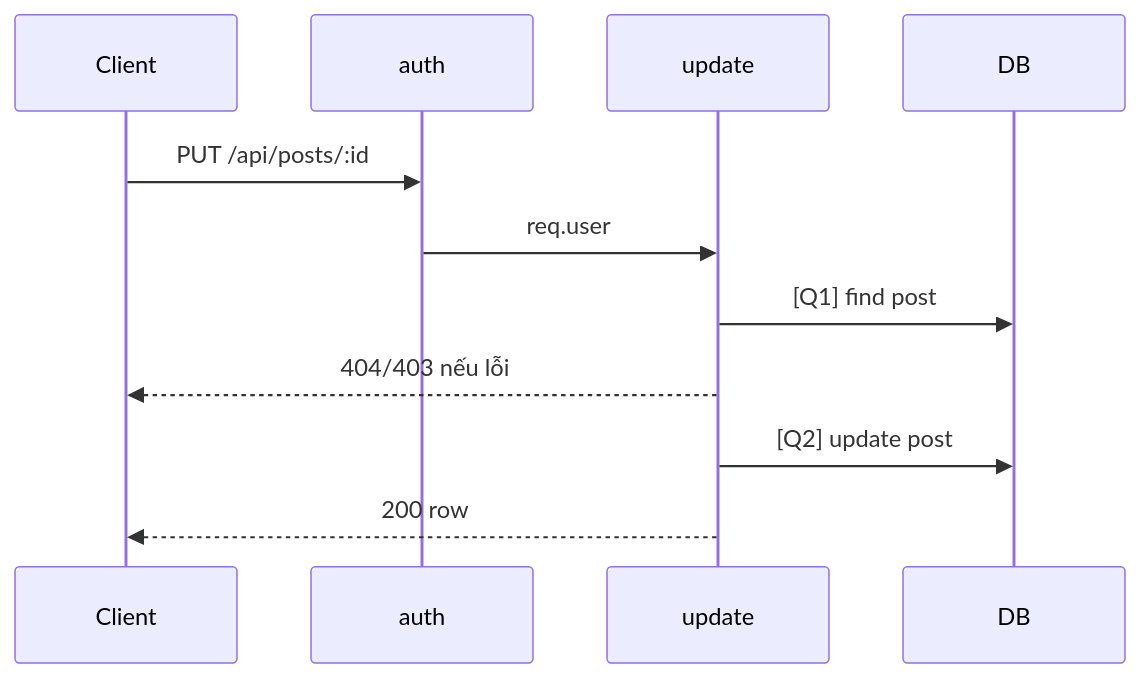
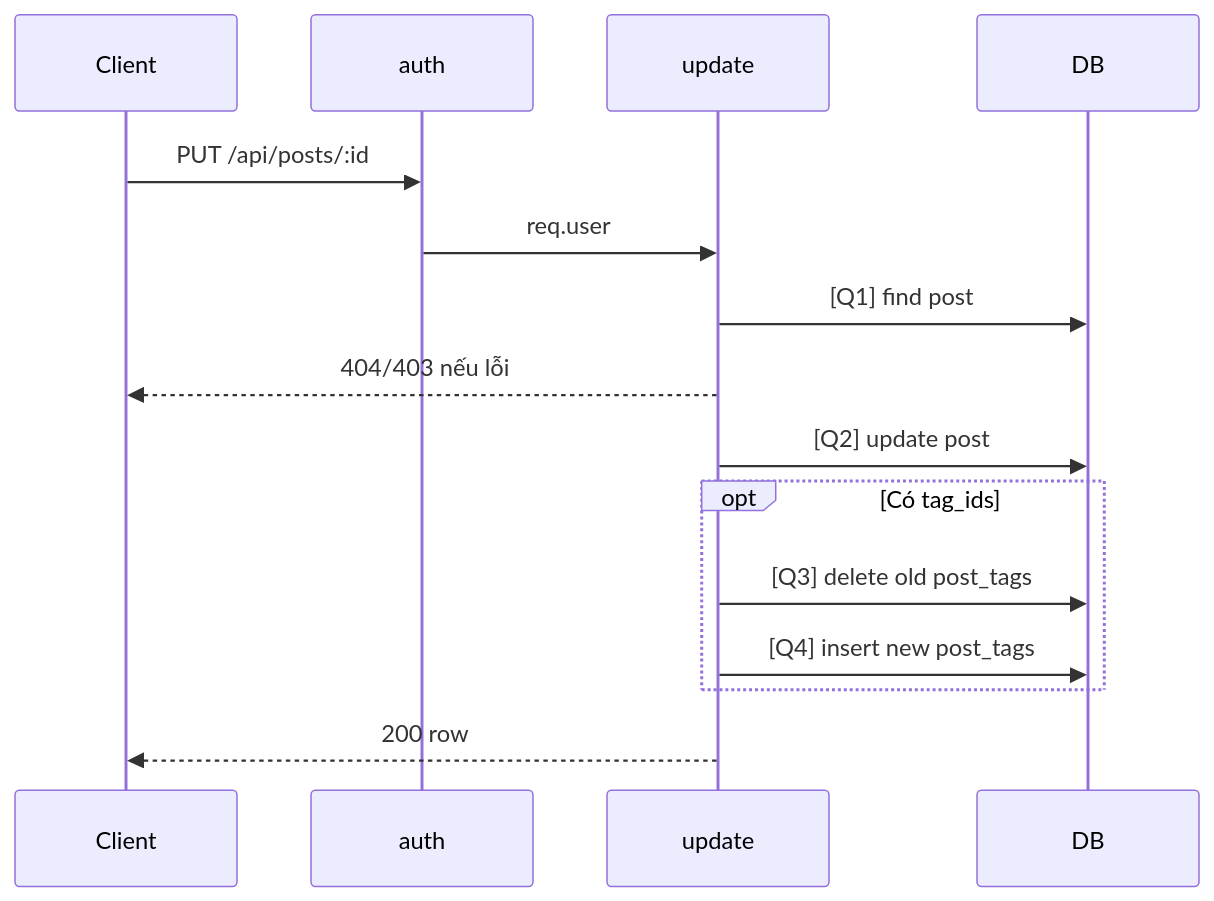
One commit to pmduc97/demo_ai_workspace changed the diagram in demo_docs/api/[Design][API] API08_Posts_CapNhat.md. Above: the diagram before and after it, drawn with Mermaid. The commit also changed other lines of this file and 42 other files, not shown here.

````diff
--- a/demo_docs/api/[Design][API] API08_Posts_CapNhat.md
+++ b/demo_docs/api/[Design][API] API08_Posts_CapNhat.md
@@ -65,13 +69,17 @@
 ```mermaid
 sequenceDiagram
   participant C as Client
   participant A as auth
   participant P as update
   participant DB as DB
   C->>A: PUT /api/posts/:id
   A->>P: req.user
   P->>DB: [Q1] find post
   P-->>C: 404/403 nếu lỗi
   P->>DB: [Q2] update post
+  opt Có tag_ids
+    P->>DB: [Q3] delete old post_tags
+    P->>DB: [Q4] insert new post_tags
+  end
   P-->>C: 200 row
 ```
````
